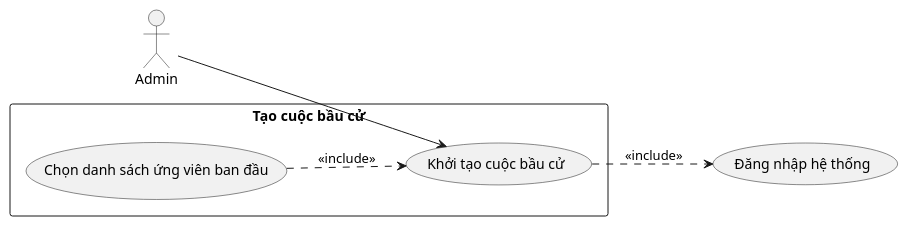
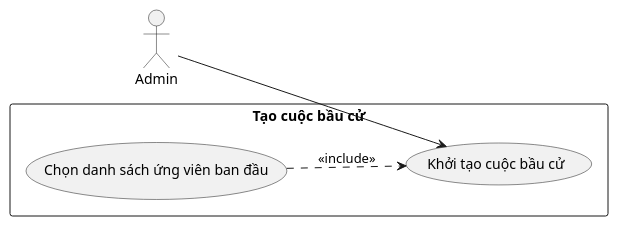
Before and after one commit to Tuienn/e-voting-latex: the diagram in PlantUML/Usecase/Tao-cuoc-bau-cu.puml, drawn with PlantUML. The commit also changed 31 other files, not shown here.

```diff
--- a/PlantUML/Usecase/Tao-cuoc-bau-cu.puml
+++ b/PlantUML/Usecase/Tao-cuoc-bau-cu.puml
@@ -1,17 +1,12 @@
 @startuml TaoCuocBauCu_UC
 left to right direction
-skinparam packageStyle rectangle
-
 actor "Admin" as admin
-
-usecase "Đăng nhập hệ thống" as UC_Login
 
 rectangle "Tạo cuộc bầu cử" {
   usecase "Khởi tạo cuộc bầu cử" as UC_Create
   usecase "Chọn danh sách ứng viên ban đầu" as UC_PickCandidates
 }
 
 admin --> UC_Create
-UC_Create ..> UC_Login : <<include>>
 UC_PickCandidates ..> UC_Create : <<include>>
 @enduml
```
